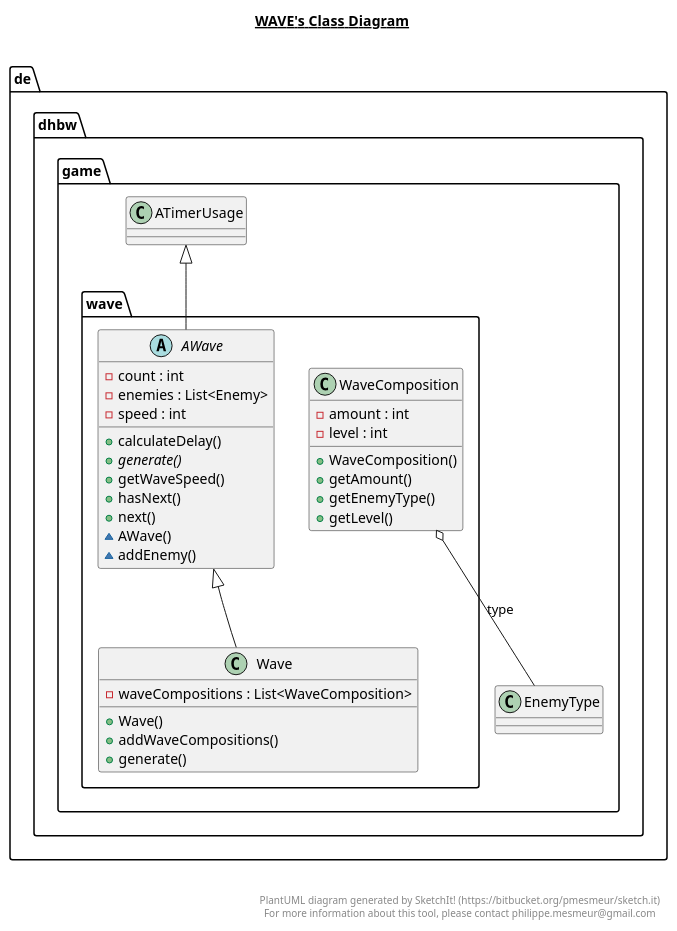
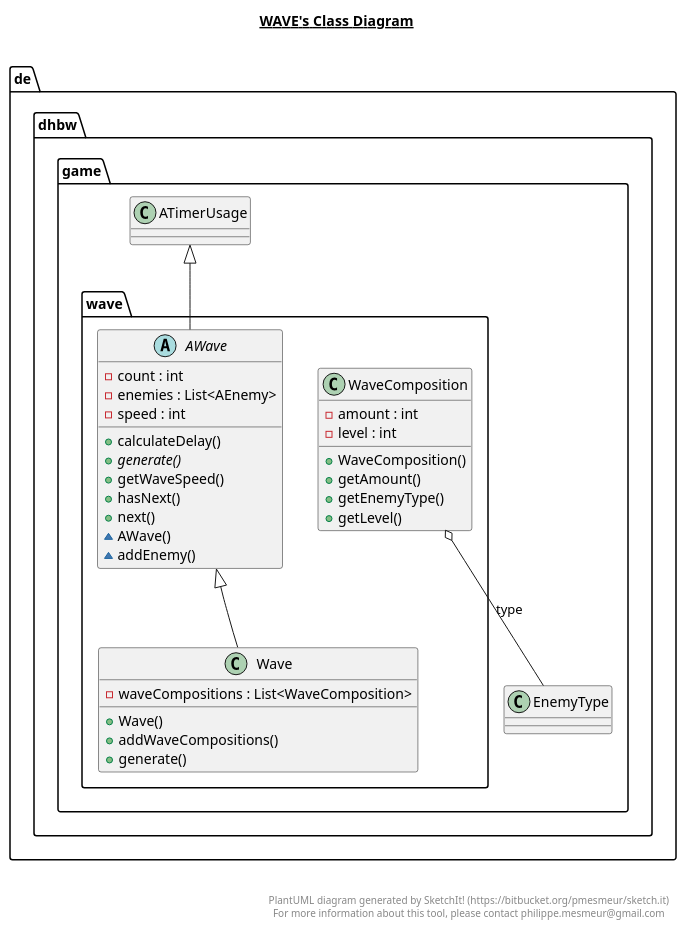
The diagram in app/src/main/java/de/dhbw/game/wave/wave.plantuml (niwa99/Tower-Defense), drawn with PlantUML before and after one commit. The commit also changed 12 other files, not shown here.

Commit message:
Update Class Diagram

```diff
--- a/app/src/main/java/de/dhbw/game/wave/wave.plantuml
+++ b/app/src/main/java/de/dhbw/game/wave/wave.plantuml
@@ -1,67 +1,67 @@
 @startuml
 
 title __WAVE's Class Diagram__\n
 
   namespace de.dhbw {
     namespace game {
       namespace wave {
         abstract class de.dhbw.game.wave.AWave {
             - count : int
-            - enemies : List<Enemy>
+            - enemies : List<AEnemy>
             - speed : int
             + calculateDelay()
             {abstract} + generate()
             + getWaveSpeed()
             + hasNext()
             + next()
             ~ AWave()
             ~ addEnemy()
         }
       }
     }
   }
   
 
   namespace de.dhbw {
     namespace game {
       namespace wave {
         class de.dhbw.game.wave.Wave {
             - waveCompositions : List<WaveComposition>
             + Wave()
             + addWaveCompositions()
             + generate()
         }
       }
     }
   }
   
 
   namespace de.dhbw {
     namespace game {
       namespace wave {
         class de.dhbw.game.wave.WaveComposition {
             - amount : int
             - level : int
             + WaveComposition()
             + getAmount()
             + getEnemyType()
             + getLevel()
         }
       }
     }
   }
   
 
   de.dhbw.game.wave.AWave -up-|> de.dhbw.game.ATimerUsage
   de.dhbw.game.wave.Wave -up-|> de.dhbw.game.wave.AWave
   de.dhbw.game.wave.WaveComposition o-- de.dhbw.game.EnemyType : type
 
 
 right footer
 
 
 PlantUML diagram generated by SketchIt! (https://bitbucket.org/pmesmeur/sketch.it)
 For more information about this tool, please contact philippe.mesmeur@gmail.com
 endfooter
 
 @enduml
```
